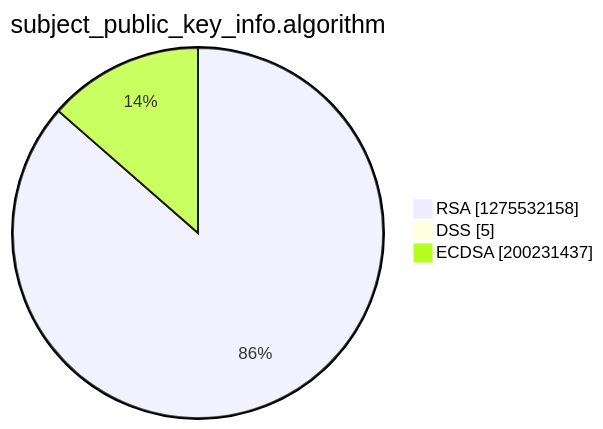
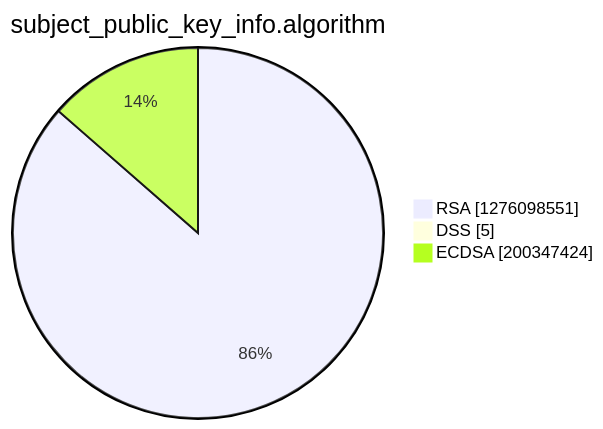
The third of 15 diagrams in argon2022/README.md (christiankrug/ctmonitor_visualization), drawn with Mermaid before and after one commit. The commit also changed other lines of this file, not shown here.

````diff
--- a/argon2022/README.md
+++ b/argon2022/README.md
@@ -14,7 +14,7 @@
 ```mermaid
 pie showData
 title subject_public_key_info.algorithm
-"RSA" :1275532158
+"RSA" :1276098551
 "DSS" :5
-"ECDSA" :200231437
+"ECDSA" :200347424
 ```
````
